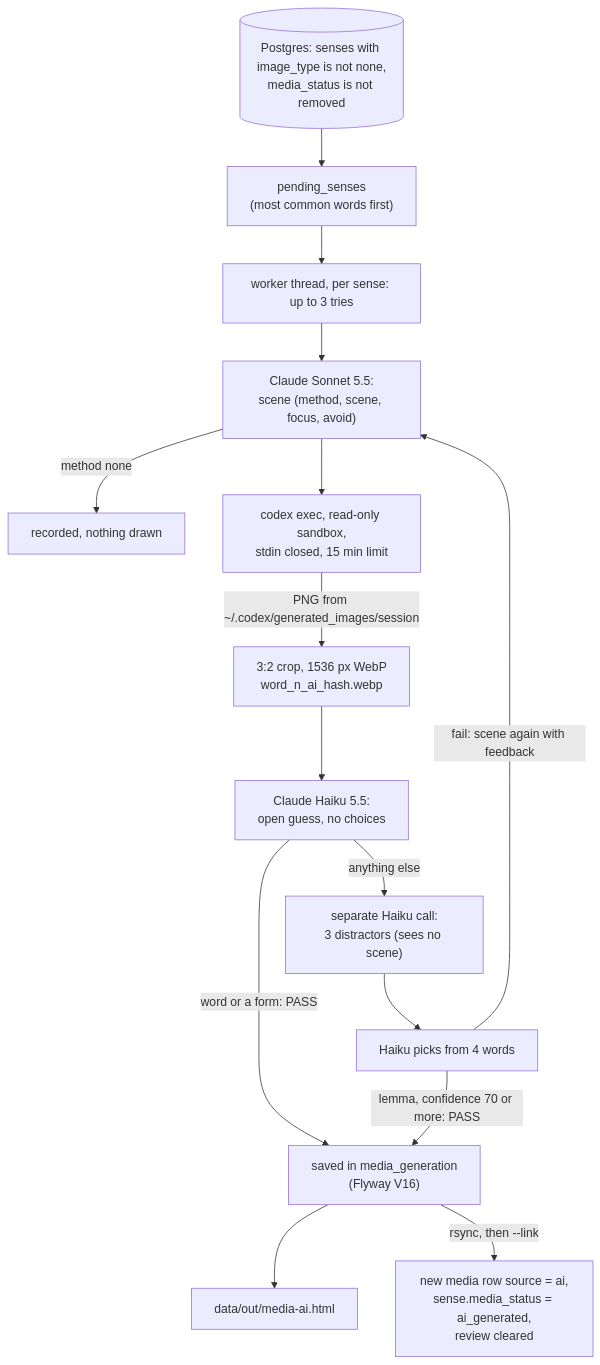
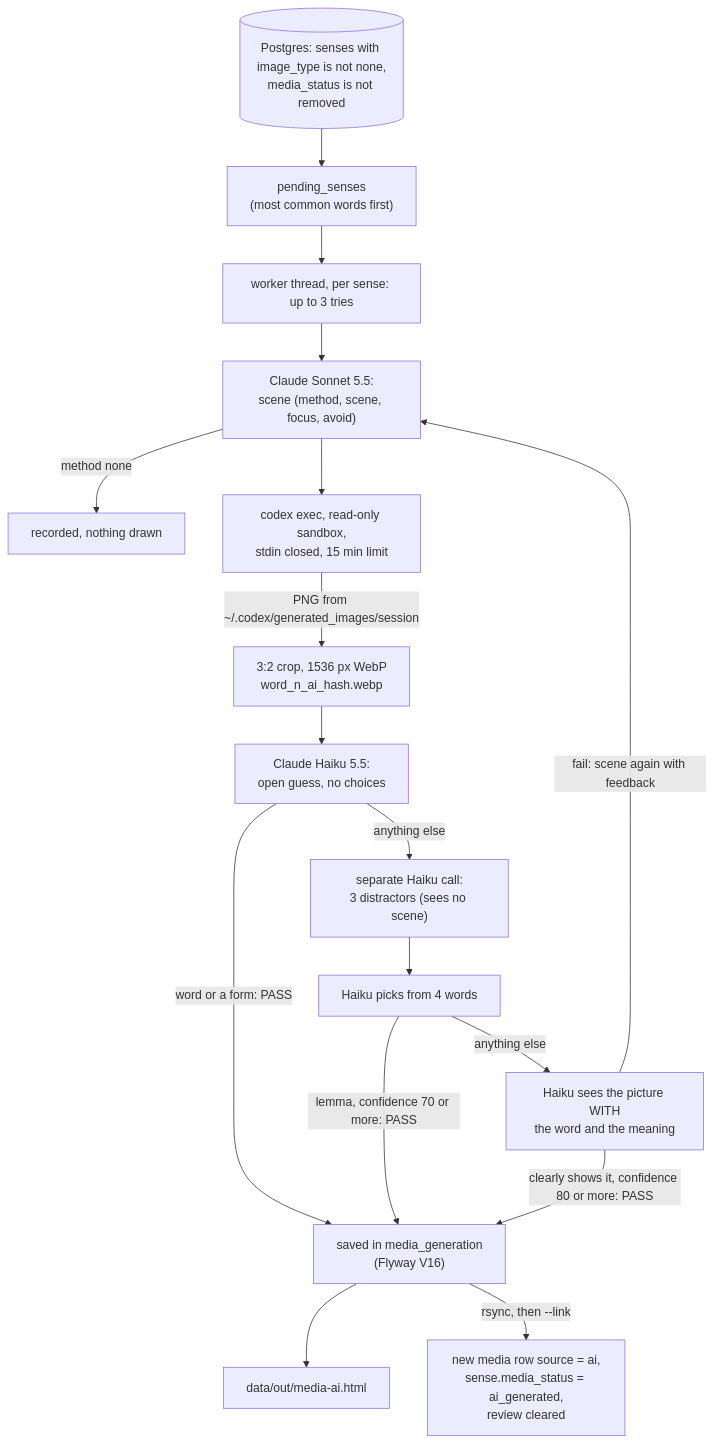
The ninth of 9 diagrams in backlog/docs/features/doc-15 - Media-and-images.md (tranphuocloc070699/saynata), drawn with Mermaid before and after one commit. The commit also changed other lines of this file and 4 other files, not shown here.

````diff
--- a/backlog/docs/features/doc-15 - Media-and-images.md
+++ b/backlog/docs/features/doc-15 - Media-and-images.md
@@ -428,17 +428,19 @@
 ```mermaid
 flowchart TD
     PG[("Postgres: senses with image_type is not none,<br/>media_status is not removed")] --> SEL["pending_senses<br/>(most common words first)"]
     SEL --> W["worker thread, per sense: up to 3 tries"]
     W --> S["Claude Sonnet 5.5:<br/>scene (method, scene, focus, avoid)"]
     S -->|"method none"| NONE["recorded, nothing drawn"]
     S --> C["codex exec, read-only sandbox,<br/>stdin closed, 15 min limit"]
     C -->|"PNG from ~/.codex/generated_images/session"| F["3:2 crop, 1536 px WebP<br/>word_n_ai_hash.webp"]
     F --> G1["Claude Haiku 5.5:<br/>open guess, no choices"]
     G1 -->|"word or a form: PASS"| OK
     G1 -->|"anything else"| D["separate Haiku call:<br/>3 distractors (sees no scene)"]
     D --> G2["Haiku picks from 4 words"]
     G2 -->|"lemma, confidence 70 or more: PASS"| OK["saved in media_generation<br/>(Flyway V16)"]
-    G2 -->|"fail: scene again with feedback"| S
+    G2 -->|"anything else"| G3["Haiku sees the picture WITH<br/>the word and the meaning"]
+    G3 -->|"clearly shows it, confidence 80 or more: PASS"| OK
+    G3 -->|"fail: scene again with feedback"| S
     OK --> REP[data/out/media-ai.html]
     OK -->|"rsync, then --link"| LINK["new media row source = ai,<br/>sense.media_status = ai_generated,<br/>review cleared"]
 ```
````
